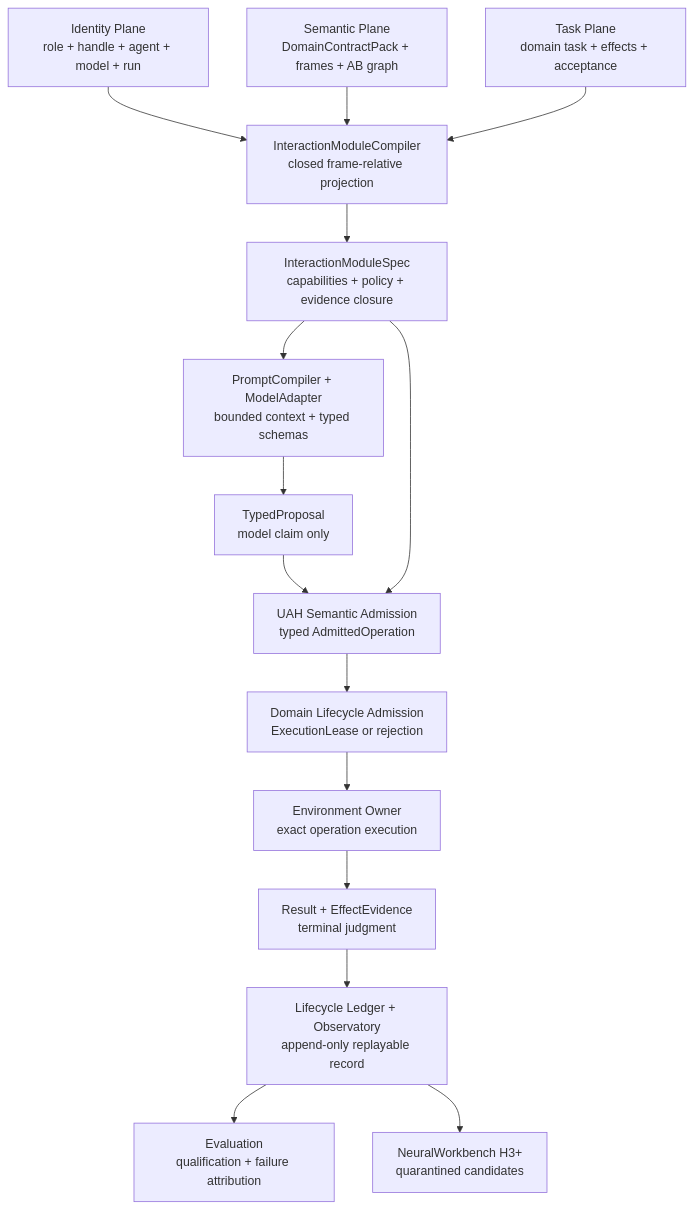
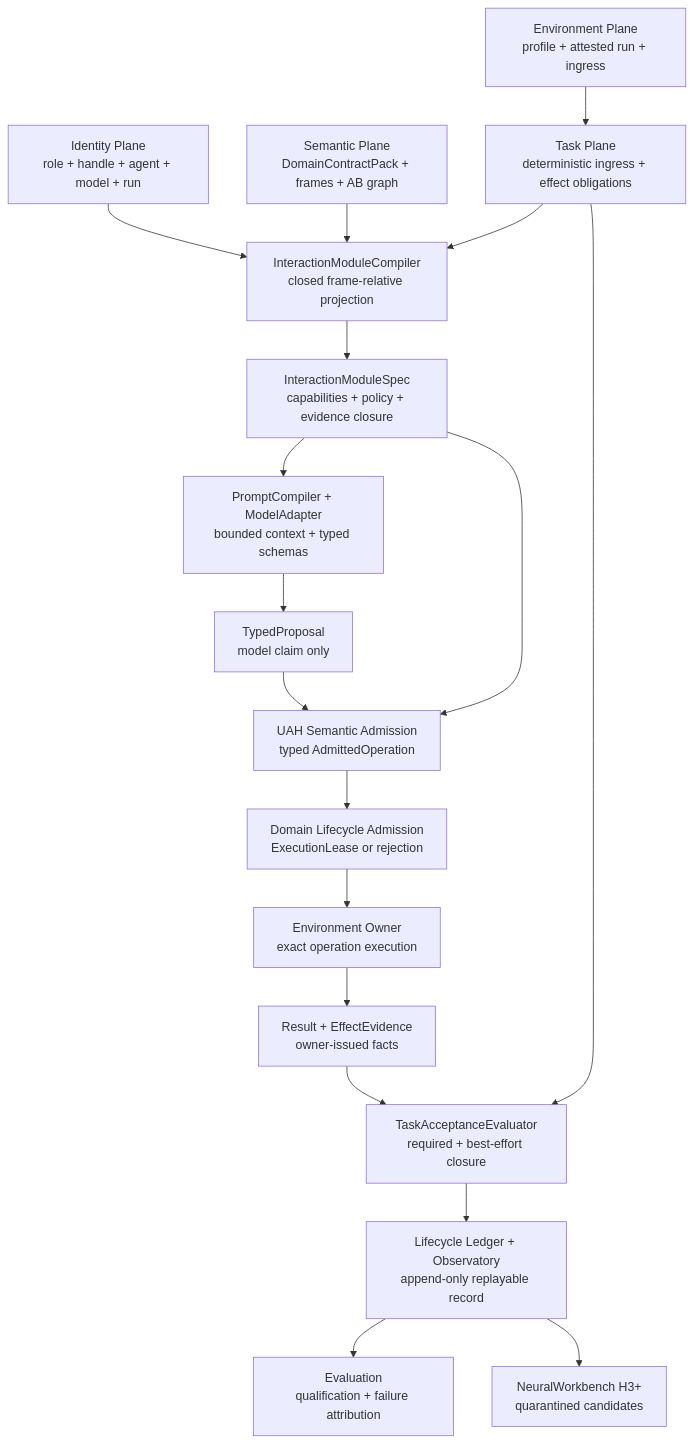
One commit to ieverythng/universal-agentic-harness changed the diagram in docs/plans/universal_agentic_harness_masterplan.md. Above: the diagram before and after it, drawn with Mermaid. The commit also changed other lines of this file and 26 other files, not shown here.

````diff
--- a/docs/plans/universal_agentic_harness_masterplan.md
+++ b/docs/plans/universal_agentic_harness_masterplan.md
@@ -498,32 +526,37 @@
 ```mermaid
 %% uah-render: Canonical UAH delivery architecture
 flowchart TB
     Identity["Identity Plane<br/>role + handle + agent + model + run"]:::identity
+    Environment["Environment Plane<br/>profile + attested run + ingress"]:::domain
     Domain["Semantic Plane<br/>DomainContractPack + frames + AB graph"]:::semantic
-    Task["Task Plane<br/>domain task + effects + acceptance"]:::semantic
+    Task["Task Plane<br/>deterministic ingress + effect obligations"]:::semantic
     Compiler["InteractionModuleCompiler<br/>closed frame-relative projection"]:::compiler
     Module["InteractionModuleSpec<br/>capabilities + policy + evidence closure"]:::projection
     Prompt["PromptCompiler + ModelAdapter<br/>bounded context + typed schemas"]:::model
     Proposal["TypedProposal<br/>model claim only"]:::proposal
     Admission["UAH Semantic Admission<br/>typed AdmittedOperation"]:::gate
     Lifecycle["Domain Lifecycle Admission<br/>ExecutionLease or rejection"]:::domain
     Owner["Environment Owner<br/>exact operation execution"]:::execution
-    Evidence["Result + EffectEvidence<br/>terminal judgment"]:::evidence
+    Evidence["Result + EffectEvidence<br/>owner-issued facts"]:::evidence
+    Acceptance["TaskAcceptanceEvaluator<br/>required + best-effort closure"]:::gate
     Trace["Lifecycle Ledger + Observatory<br/>append-only replayable record"]:::trace
     Eval["Evaluation<br/>qualification + failure attribution"]:::observatory
     Workbench["NeuralWorkbench H3+<br/>quarantined candidates"]:::compiler
     Identity --> Compiler
+    Environment --> Task
     Domain --> Compiler
     Task --> Compiler
     Compiler --> Module
     Module --> Prompt
     Prompt --> Proposal
     Proposal --> Admission
     Module --> Admission
     Admission --> Lifecycle
     Lifecycle --> Owner
     Owner --> Evidence
-    Evidence --> Trace
+    Evidence --> Acceptance
+    Task --> Acceptance
+    Acceptance --> Trace
     Trace --> Eval
     Trace --> Workbench
 ```
````
